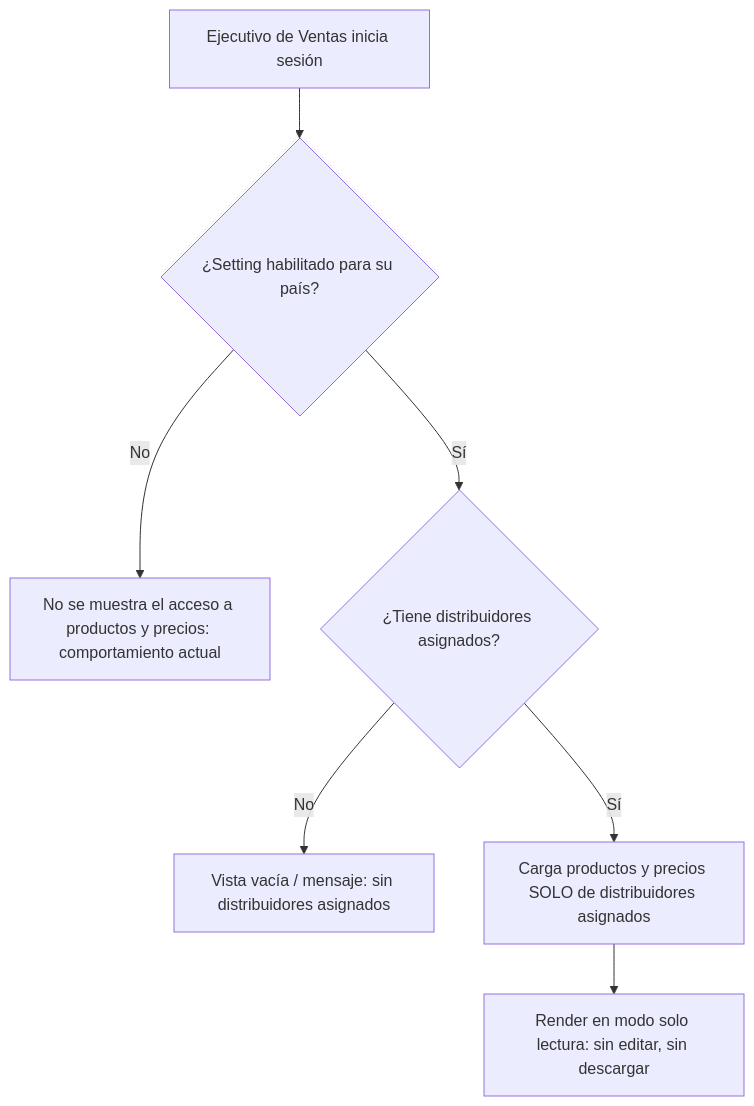
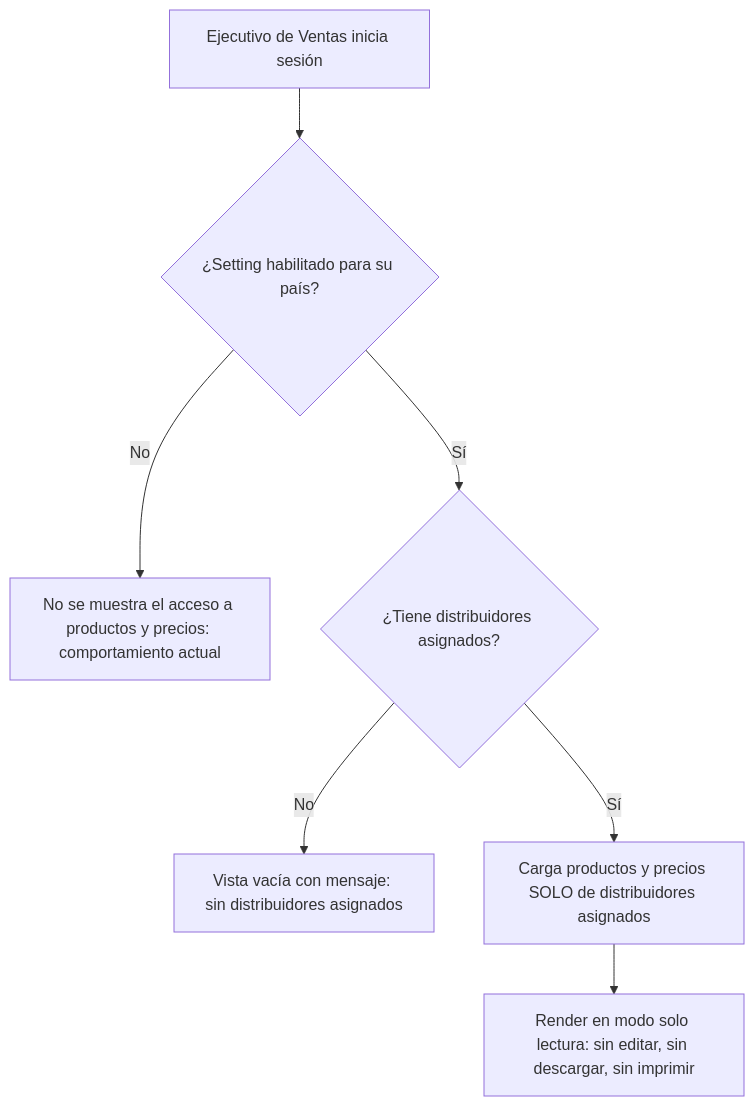
Before and after one commit to garantiplusmexico/enginecx_prd: the diagram in SIGA/PJ3423-acceso-productos-precios-ejecutivo-ventas/PRD.md, drawn with Mermaid. The commit also changed other lines of this file, not shown here.

````diff
--- a/SIGA/PJ3423-acceso-productos-precios-ejecutivo-ventas/PRD.md
+++ b/SIGA/PJ3423-acceso-productos-precios-ejecutivo-ventas/PRD.md
@@ -69,9 +70,9 @@
 ```mermaid
 flowchart TD
     A[Ejecutivo de Ventas inicia sesión] --> B{¿Setting habilitado para su país?}
     B -->|No| C[No se muestra el acceso a productos y precios: comportamiento actual]
     B -->|Sí| D{¿Tiene distribuidores asignados?}
-    D -->|No| E[Vista vacía / mensaje: sin distribuidores asignados]
+    D -->|No| E[Vista vacía con mensaje: sin distribuidores asignados]
     D -->|Sí| F[Carga productos y precios SOLO de distribuidores asignados]
-    F --> G[Render en modo solo lectura: sin editar, sin descargar]
+    F --> G[Render en modo solo lectura: sin editar, sin descargar, sin imprimir]
 ```
````
